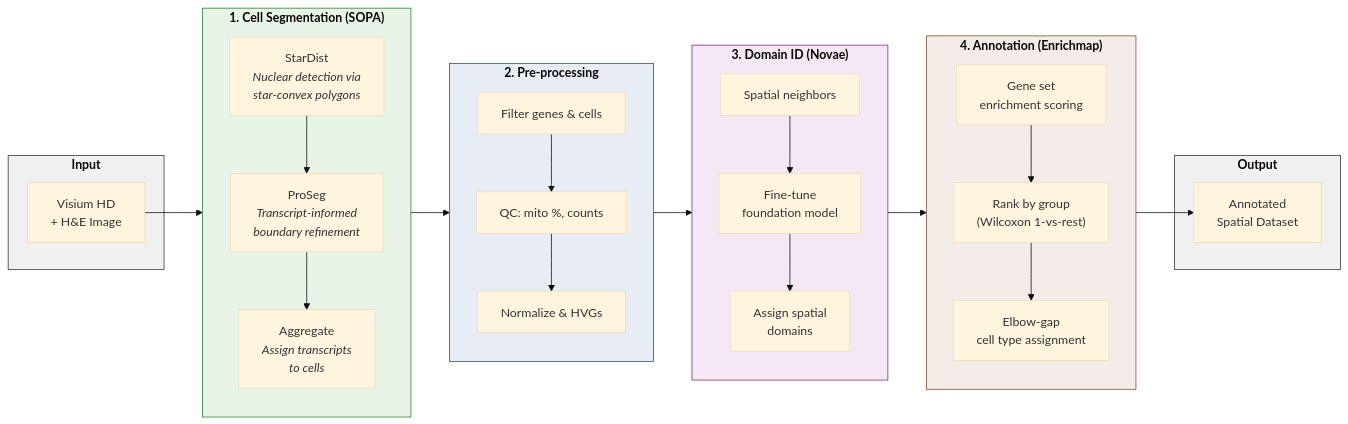
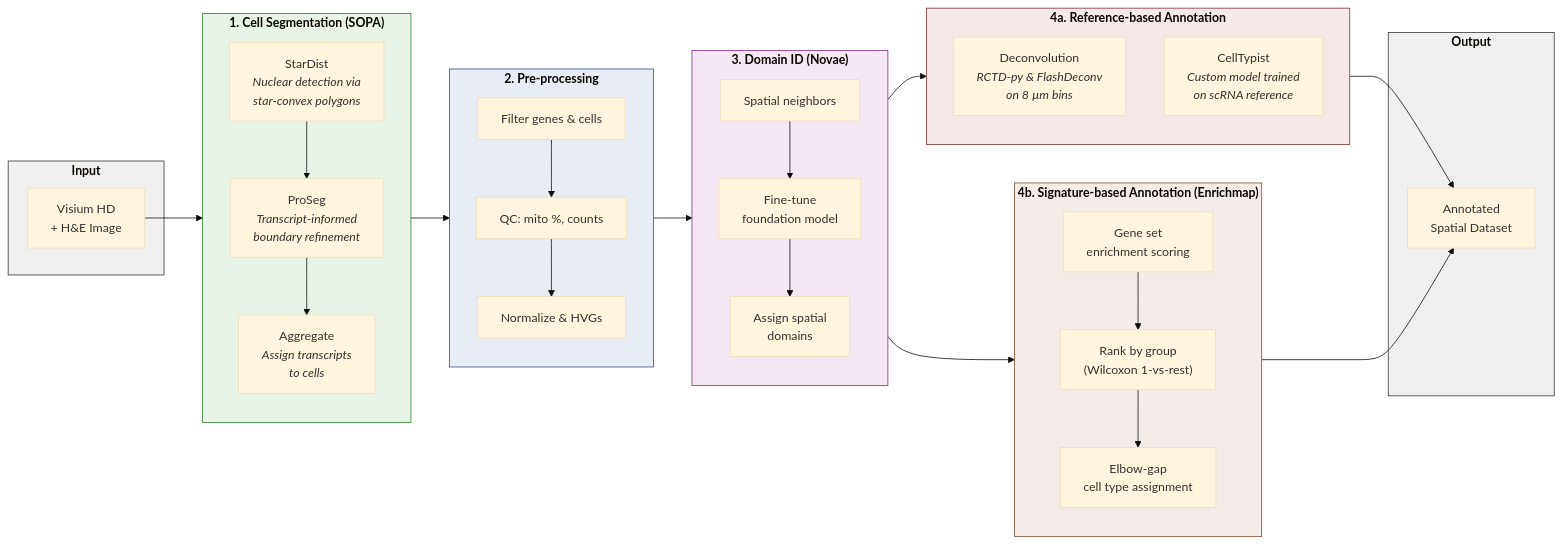
Before and after one commit to Rafael-Silva-Oliveira/rafael-silva-oliveira.github.io: the diagram in _posts/2026-03-14-distill.md, drawn with Mermaid (base theme). The commit also changed other lines of this file and 5 other files, not shown here.

````diff
--- a/_posts/2026-03-14-distill.md
+++ b/_posts/2026-03-14-distill.md
@@ -69,51 +72,60 @@
 ```mermaid
 flowchart LR
     subgraph INPUT["<b>Input</b>"]
         A["Visium HD\n+ H&E Image"]
     end
 
     subgraph SEG["<b>1. Cell Segmentation (SOPA)</b>"]
         direction TB
         B1["StarDist\n<i>Nuclear detection via\nstar-convex polygons</i>"]
         B2["ProSeg\n<i>Transcript-informed\nboundary refinement</i>"]
         B3["Aggregate\n<i>Assign transcripts\nto cells</i>"]
         B1 --> B2 --> B3
     end
 
     subgraph PRE["<b>2. Pre-processing</b>"]
         direction TB
         C1["Filter genes & cells"]
         C2["QC: mito %, counts"]
         C3["Normalize & HVGs"]
         C1 --> C2 --> C3
     end
 
     subgraph DOM["<b>3. Domain ID (Novae)</b>"]
         direction TB
         D1["Spatial neighbors"]
         D2["Fine-tune\nfoundation model"]
         D3["Assign spatial\ndomains"]
         D1 --> D2 --> D3
     end
 
-    subgraph ANN["<b>4. Annotation (Enrichmap)</b>"]
+    subgraph REF["<b>4a. Reference-based Annotation</b>"]
+        direction TB
+        R1["Deconvolution\n<i>RCTD-py & FlashDeconv\non 8 µm bins</i>"]
+        R2["CellTypist\n<i>Custom model trained\non scRNA reference</i>"]
+    end
+
+    subgraph ANN["<b>4b. Signature-based Annotation (Enrichmap)</b>"]
         direction TB
         E1["Gene set\nenrichment scoring"]
         E2["Rank by group\n(Wilcoxon 1-vs-rest)"]
         E3["Elbow-gap\ncell type assignment"]
         E1 --> E2 --> E3
     end
 
     subgraph OUT["<b>Output</b>"]
         F["Annotated\nSpatial Dataset"]
     end
 
-    A --> SEG --> PRE --> DOM --> ANN --> F
+    A --> SEG --> PRE --> DOM
+    DOM --> REF --> F
+    DOM --> ANN --> F
 
     style INPUT fill:#f0f0f0,stroke:#333
     style SEG fill:#e8f4e8,stroke:#2d7d2d
     style PRE fill:#e8ecf4,stroke:#2d4d7d
     style DOM fill:#f4e8f4,stroke:#7d2d7d
+    style REF fill:#f4e8e8,stroke:#7d2d2d
     style ANN fill:#f4ece8,stroke:#7d4d2d
     style OUT fill:#f0f0f0,stroke:#333
 ```
````
